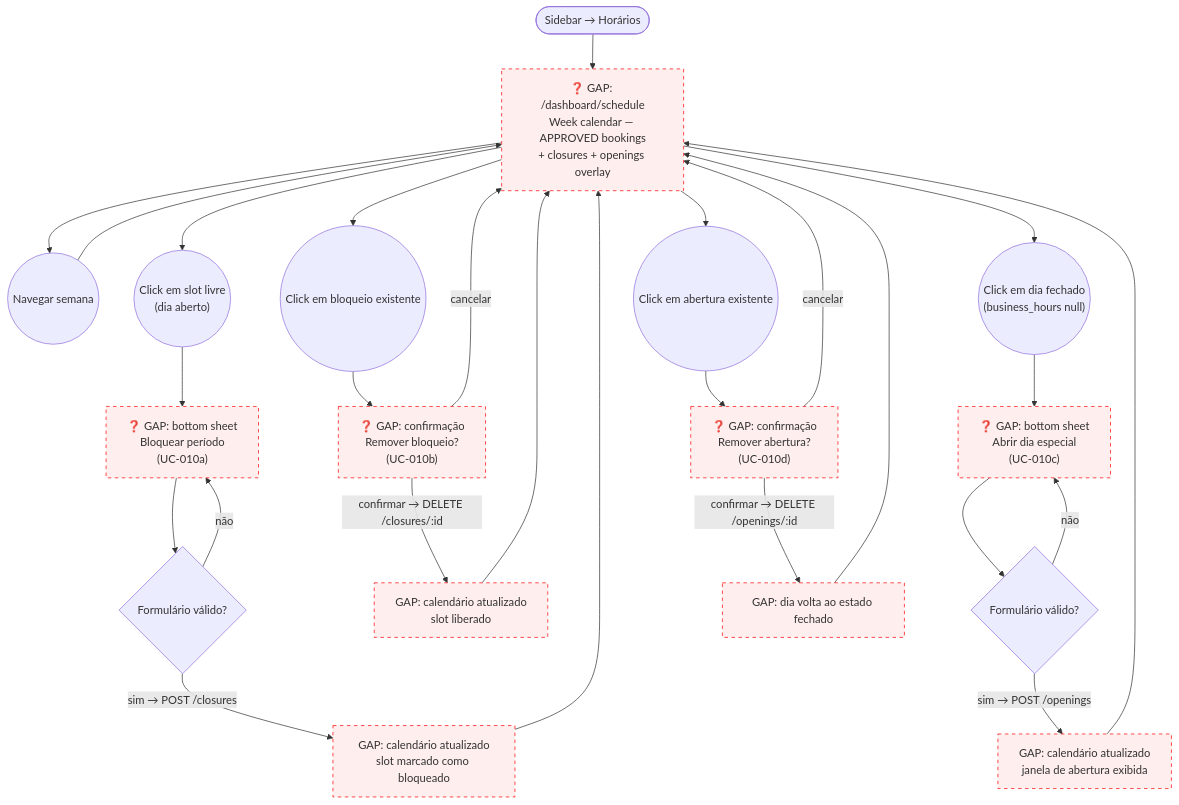
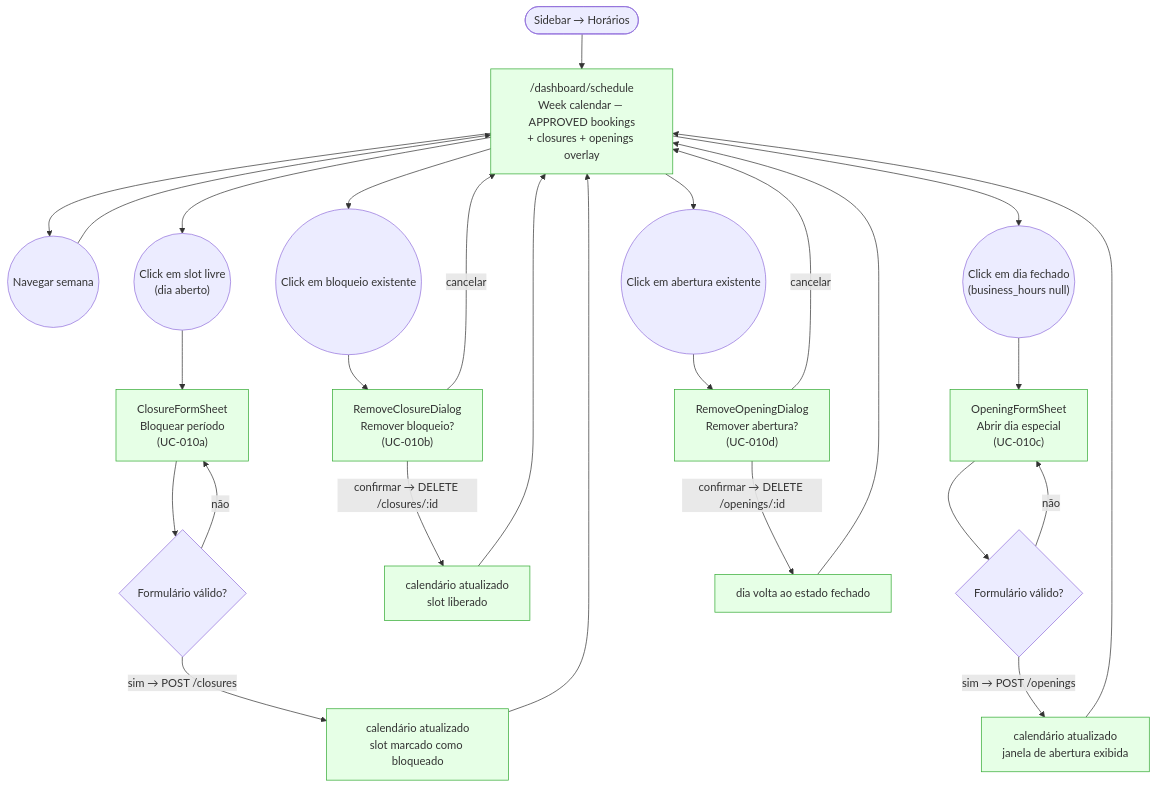
The diagram in plan/journey/staff/horarios.md (lmmoreira/ikaro), drawn with Mermaid before and after one commit. The commit also changed other lines of this file and 160 other files, not shown here.

````diff
--- a/plan/journey/staff/horarios.md
+++ b/plan/journey/staff/horarios.md
@@ -10,38 +10,38 @@
 ```mermaid
 flowchart TD
     classDef existing fill:#e6ffe6,stroke:#3a3
     classDef gap stroke:#f00,stroke-dasharray: 5 5,fill:#fee
 
-    Start(["Sidebar → Horários"]) --> Schedule["❓ GAP: /dashboard/schedule<br/>Week calendar — APPROVED bookings<br/>+ closures + openings overlay"]
+    Start(["Sidebar → Horários"]) --> Schedule["/dashboard/schedule<br/>Week calendar — APPROVED bookings<br/>+ closures + openings overlay"]
 
     Schedule --> WeekNav(("Navegar semana"))
     WeekNav --> Schedule
 
     Schedule --> ClickSlot(("Click em slot livre<br/>(dia aberto)"))
-    ClickSlot --> ClosureSheet["❓ GAP: bottom sheet<br/>Bloquear período<br/>(UC-010a)"]
+    ClickSlot --> ClosureSheet["ClosureFormSheet<br/>Bloquear período<br/>(UC-010a)"]
     ClosureSheet --> ClosureForm{"Formulário válido?"}
     ClosureForm -- não --> ClosureSheet
-    ClosureForm -- sim → POST /closures --> ClosureSuccess["GAP: calendário atualizado<br/>slot marcado como bloqueado"]
+    ClosureForm -- sim → POST /closures --> ClosureSuccess["calendário atualizado<br/>slot marcado como bloqueado"]
     ClosureSuccess --> Schedule
 
     Schedule --> ClickClosure(("Click em bloqueio existente"))
-    ClickClosure --> RemoveClosureSheet["❓ GAP: confirmação<br/>Remover bloqueio?<br/>(UC-010b)"]
+    ClickClosure --> RemoveClosureSheet["RemoveClosureDialog<br/>Remover bloqueio?<br/>(UC-010b)"]
     RemoveClosureSheet -- cancelar --> Schedule
-    RemoveClosureSheet -- confirmar → DELETE /closures/:id --> RemoveClosureSuccess["GAP: calendário atualizado<br/>slot liberado"]
+    RemoveClosureSheet -- confirmar → DELETE /closures/:id --> RemoveClosureSuccess["calendário atualizado<br/>slot liberado"]
     RemoveClosureSuccess --> Schedule
 
     Schedule --> ClickClosedDay(("Click em dia fechado<br/>(business_hours null)"))
-    ClickClosedDay --> OpeningSheet["❓ GAP: bottom sheet<br/>Abrir dia especial<br/>(UC-010c)"]
+    ClickClosedDay --> OpeningSheet["OpeningFormSheet<br/>Abrir dia especial<br/>(UC-010c)"]
     OpeningSheet --> OpeningForm{"Formulário válido?"}
     OpeningForm -- não --> OpeningSheet
-    OpeningForm -- sim → POST /openings --> OpeningSuccess["GAP: calendário atualizado<br/>janela de abertura exibida"]
+    OpeningForm -- sim → POST /openings --> OpeningSuccess["calendário atualizado<br/>janela de abertura exibida"]
     OpeningSuccess --> Schedule
 
     Schedule --> ClickOpening(("Click em abertura existente"))
-    ClickOpening --> RemoveOpeningSheet["❓ GAP: confirmação<br/>Remover abertura?<br/>(UC-010d)"]
+    ClickOpening --> RemoveOpeningSheet["RemoveOpeningDialog<br/>Remover abertura?<br/>(UC-010d)"]
     RemoveOpeningSheet -- cancelar --> Schedule
-    RemoveOpeningSheet -- confirmar → DELETE /openings/:id --> RemoveOpeningSuccess["GAP: dia volta ao estado fechado"]
+    RemoveOpeningSheet -- confirmar → DELETE /openings/:id --> RemoveOpeningSuccess["dia volta ao estado fechado"]
     RemoveOpeningSuccess --> Schedule
 
-    class Schedule,ClosureSheet,ClosureSuccess,RemoveClosureSheet,RemoveClosureSuccess,OpeningSheet,OpeningSuccess,RemoveOpeningSheet,RemoveOpeningSuccess gap
+    class Schedule,ClosureSheet,ClosureSuccess,RemoveClosureSheet,RemoveClosureSuccess,OpeningSheet,OpeningSuccess,RemoveOpeningSheet,RemoveOpeningSuccess existing
 ```
````
